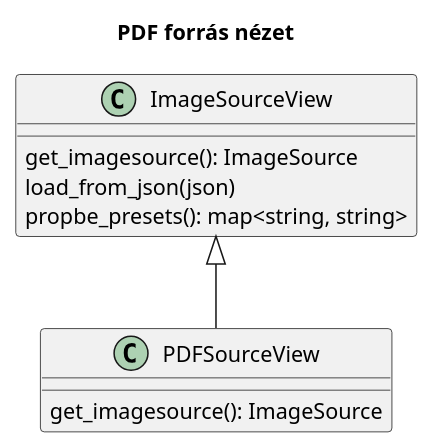
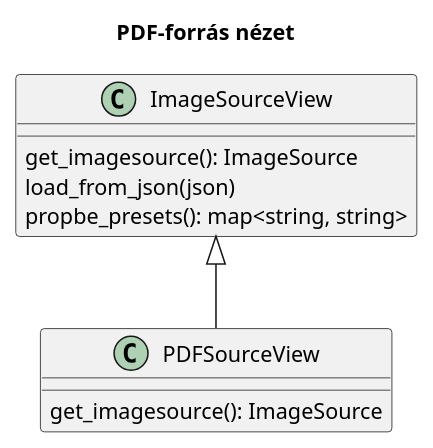
Before and after one commit to Gilgames32/printf: the diagram in uml/pdf_source_view.puml, drawn with PlantUML. The commit also changed 11 other files, not shown here.

```diff
--- a/uml/pdf_source_view.puml
+++ b/uml/pdf_source_view.puml
@@ -1,19 +1,19 @@
 @startuml pdf_source_view
 
-title PDF forrás nézet
+title PDF-forrás nézet
 
 
 class ImageSourceView {
     get_imagesource(): ImageSource
     load_from_json(json)
     propbe_presets(): map<string, string>
 }
 
 class PDFSourceView {
     get_imagesource(): ImageSource
 }
 ImageSourceView <|-- PDFSourceView
 
 
 
 @enduml
```
